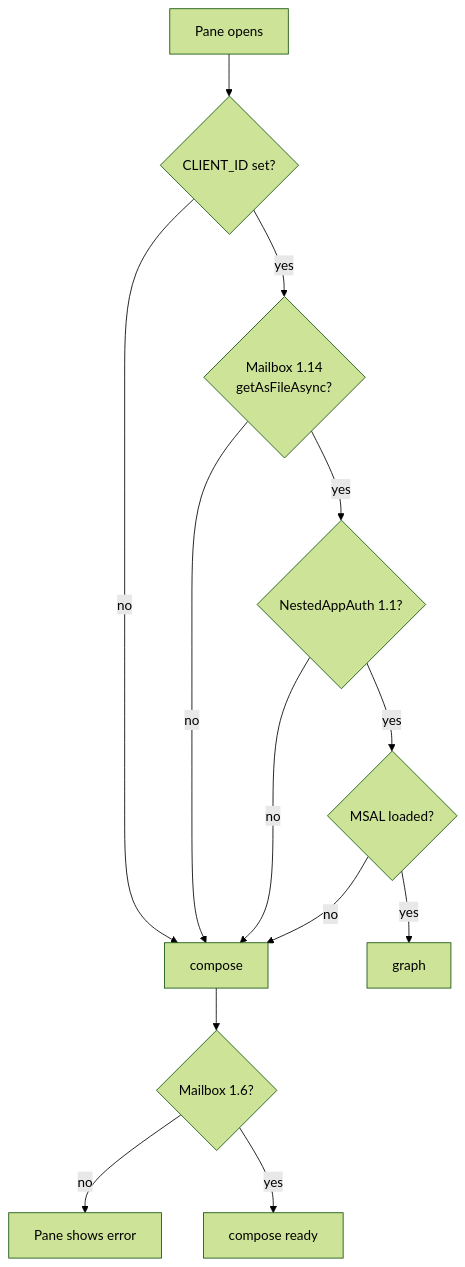
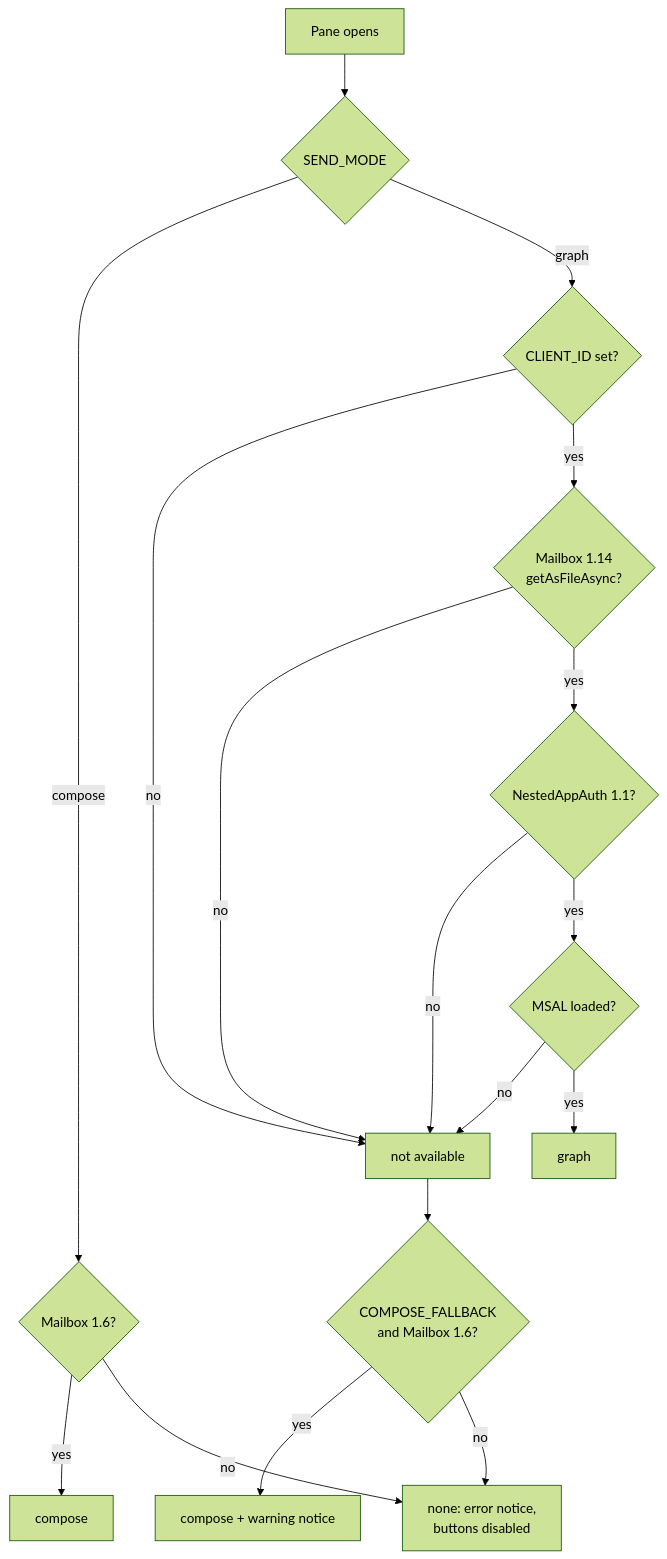
One commit to magnusfrodell/cisco-email-security-outlook-addin changed the second of 4 diagrams in docs/ARCHITECTURE.md. Above: the diagram before and after it, drawn with Mermaid (forest theme). The commit also changed other lines of this file and 27 other files, not shown here.

````diff
--- a/docs/ARCHITECTURE.md
+++ b/docs/ARCHITECTURE.md
@@ -51,15 +53,19 @@
 ```mermaid
 flowchart TD
-    A[Pane opens] --> B{CLIENT_ID set?}
-    B -- no --> C[compose]
+    A[Pane opens] --> S{SEND_MODE}
+    S -- compose --> H{Mailbox 1.6?}
+    S -- graph --> B{CLIENT_ID set?}
+    B -- no --> R[not available]
     B -- yes --> D{Mailbox 1.14<br/>getAsFileAsync?}
-    D -- no --> C
+    D -- no --> R
     D -- yes --> E{NestedAppAuth 1.1?}
-    E -- no --> C
+    E -- no --> R
     E -- yes --> F{MSAL loaded?}
-    F -- no --> C
+    F -- no --> R
     F -- yes --> G[graph]
-    C --> H{Mailbox 1.6?}
-    H -- no --> X[Pane shows error]
-    H -- yes --> C2[compose ready]
+    R --> FB{COMPOSE_FALLBACK<br/>and Mailbox 1.6?}
+    FB -- yes --> C[compose + warning notice]
+    FB -- no --> N[none: error notice,<br/>buttons disabled]
+    H -- yes --> C2[compose]
+    H -- no --> N
 ```
````
